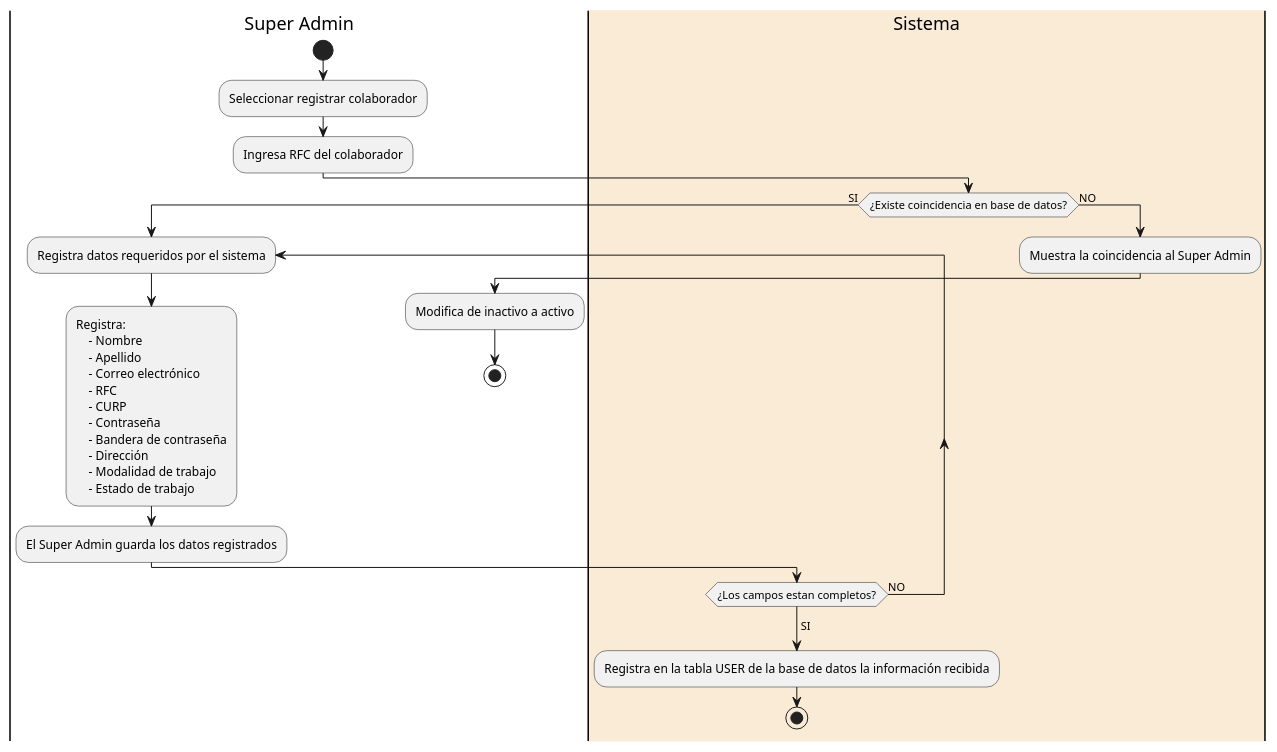
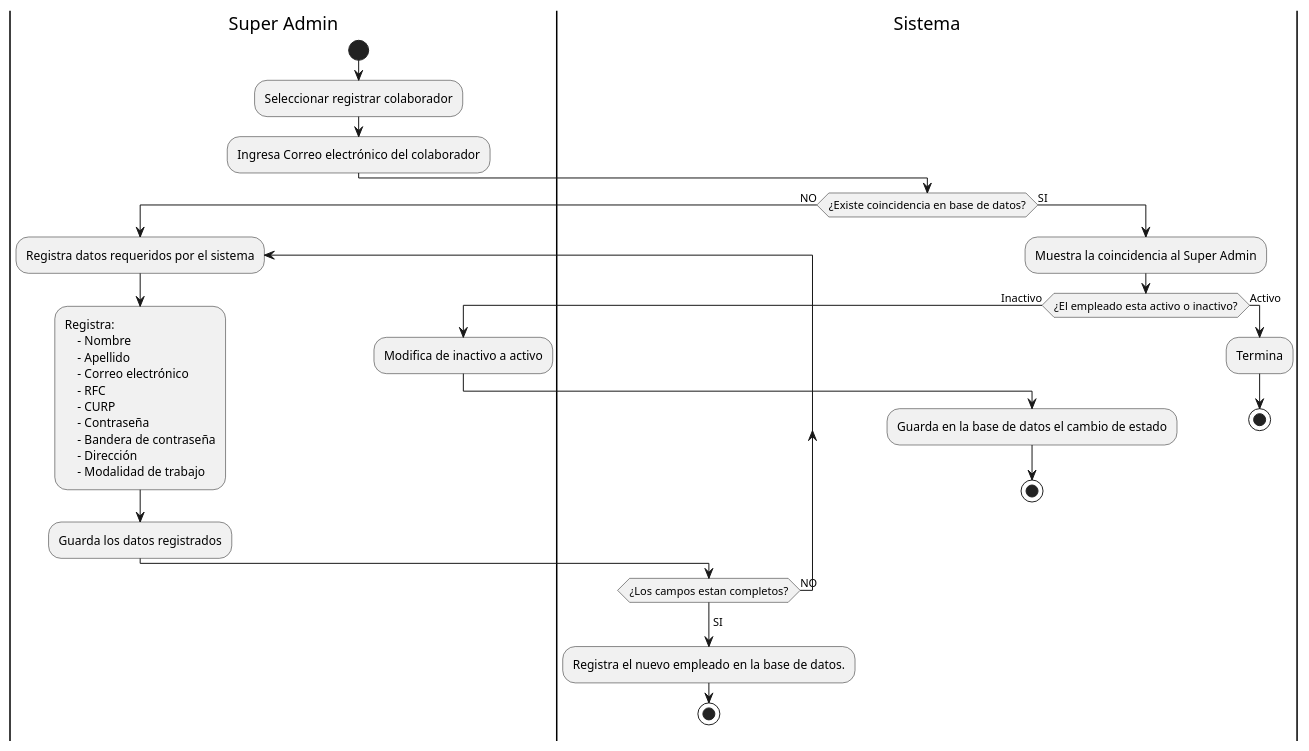
The diagram in diagrams/Casos de Uso/CU02.puml (EdCanCe/WorkCells), drawn with PlantUML before and after one commit. The commit also changed 153 other files, not shown here.

```diff
--- a/diagrams/Casos de Uso/CU02.puml
+++ b/diagrams/Casos de Uso/CU02.puml
@@ -1,34 +1,41 @@
 @startuml CU02 - Superadmin registra alta de empleado
 |Super Admin|
 start
 :Seleccionar registrar colaborador;
-:Ingresa RFC del colaborador;
-|#AntiqueWhite|Sistema|
+:Ingresa Correo electrónico del colaborador;
+|Sistema|
 if(¿Existe coincidencia en base de datos?) then 
-->SI;
+->NO;
 |Super Admin|
 repeat:Registra datos requeridos por el sistema;
 :Registra:
     - Nombre    
     - Apellido
     - Correo electrónico
     - RFC
     - CURP
     - Contraseña
     - Bandera de contraseña
     - Dirección
-    - Modalidad de trabajo
-    - Estado de trabajo;
-:El Super Admin guarda los datos registrados;
+    - Modalidad de trabajo;
+:Guarda los datos registrados;
 |Sistema|
 repeat while (¿Los campos estan completos?) is (NO)
 ->SI;
-:Registra en la tabla USER de la base de datos la información recibida;
+:Registra el nuevo empleado en la base de datos.;
 stop
-else(NO)
+else(SI)
 :Muestra la coincidencia al Super Admin;
+if(¿El empleado esta activo o inactivo?) then
+-> Inactivo;
 |Super Admin|
 :Modifica de inactivo a activo;
+|Sistema|
+:Guarda en la base de datos el cambio de estado;
+stop
+|Sistema|
+else(Activo)
+:Termina;
 stop
 
 @enduml
```
